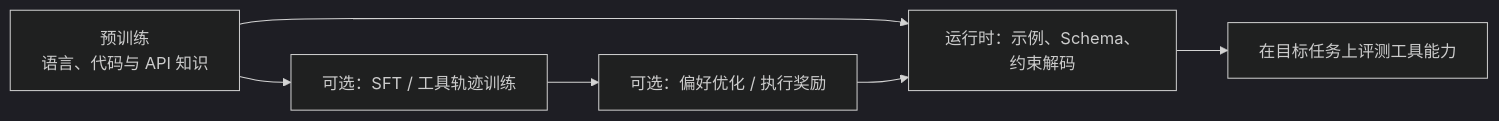
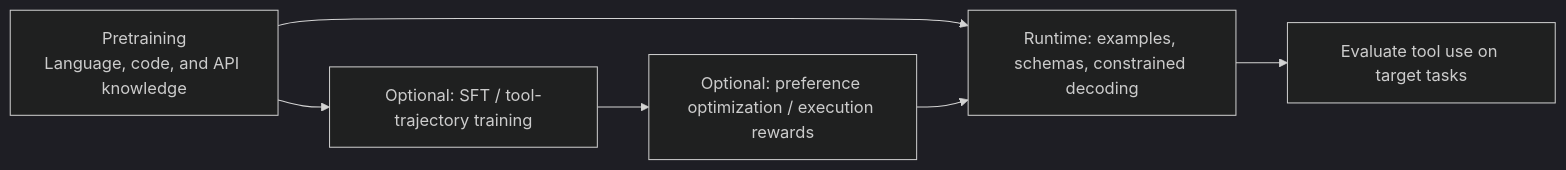
The first of 4 diagrams in docs/tools/01-function-calling/02-tool-learning.md (oneleaveknowsthefall/awesome-ai-roadmap), drawn with Mermaid (dark theme) before and after one commit. The commit also changed other lines of this file and 42 other files, not shown here.

````diff
--- a/docs/tools/01-function-calling/02-tool-learning.md
+++ b/docs/tools/01-function-calling/02-tool-learning.md
@@ -21,8 +21,8 @@
 ```mermaid
 flowchart LR
-    PT["预训练<br/>语言、代码与 API 知识"] --> SFT["可选：SFT / 工具轨迹训练"]
-    SFT --> RL["可选：偏好优化 / 执行奖励"]
-    PT --> RT["运行时：示例、Schema、约束解码"]
+    PT["Pretraining<br/>Language, code, and API knowledge"] --> SFT["Optional: SFT / tool-trajectory training"]
+    SFT --> RL["Optional: preference optimization / execution rewards"]
+    PT --> RT["Runtime: examples, schemas, constrained decoding"]
     RL --> RT
-    RT --> READY["在目标任务上评测工具能力"]
+    RT --> READY["Evaluate tool use on target tasks"]
 ```
````
